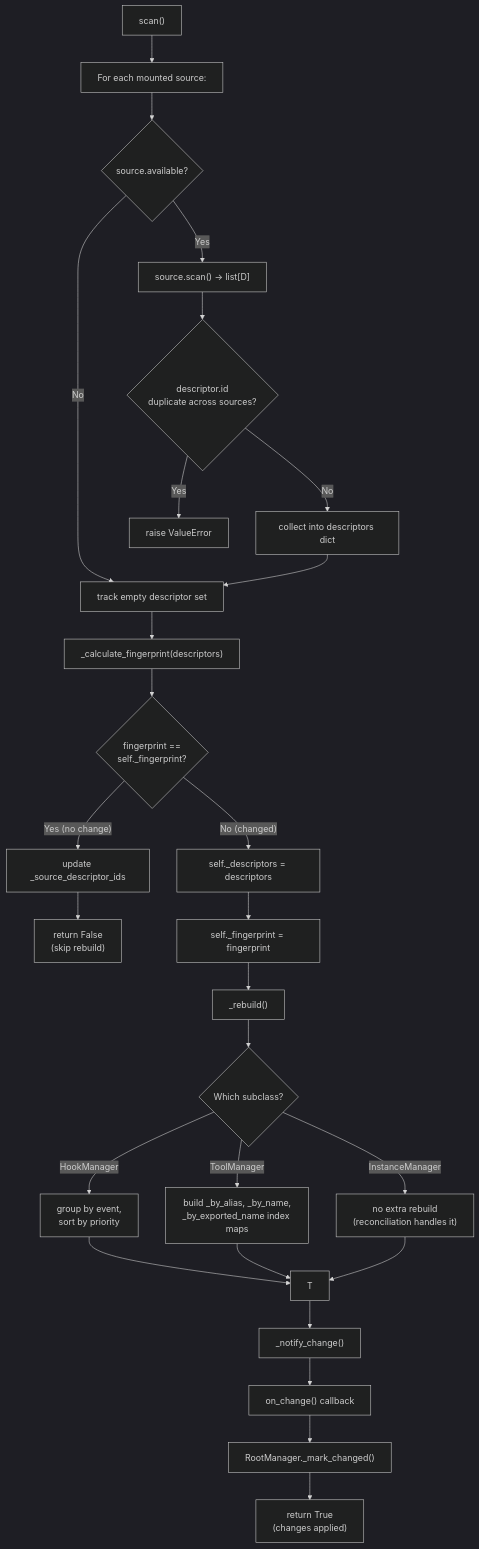
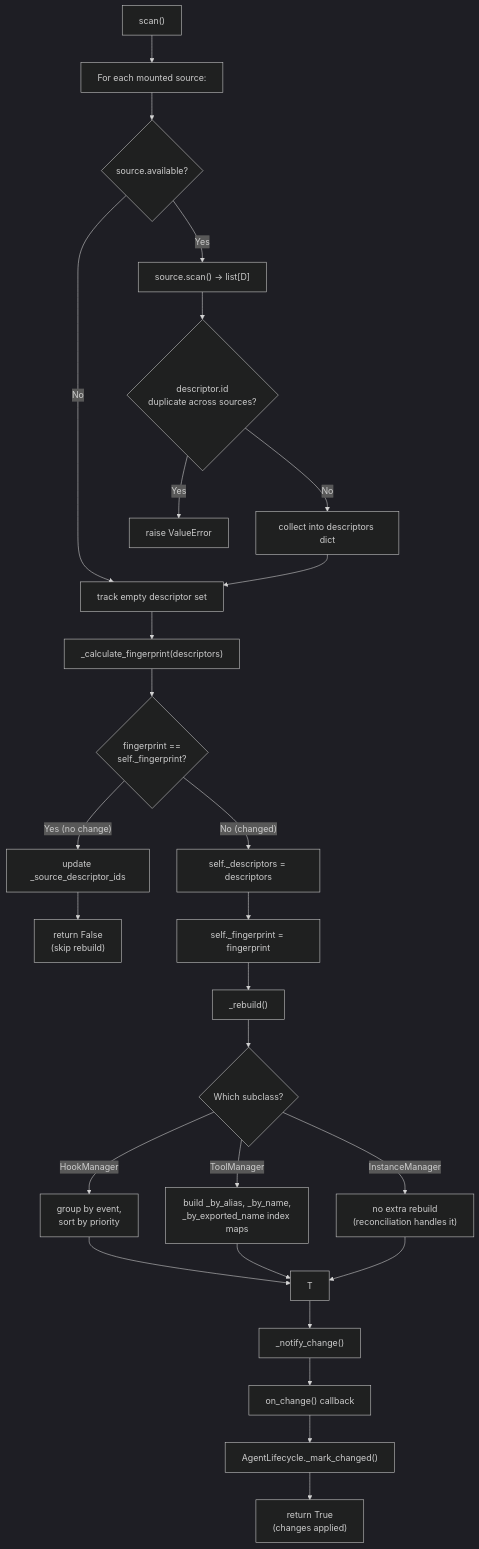
The ninth of 12 diagrams in visuals.md (matrixd0t/commamatrix), drawn with Mermaid (dark theme) before and after one commit. The commit also changed other lines of this file and 64 other files, not shown here.

````diff
--- a/visuals.md
+++ b/visuals.md
@@ -459,34 +459,34 @@
 ```mermaid
 flowchart TD
     A["scan()"] --> B["For each mounted source:"]
     B --> C{"source.available?"}
     C -->|"No"| D["track empty descriptor set"]
     C -->|"Yes"| E["source.scan() → list[D]"]
     E --> F{"descriptor.id<br/>duplicate across sources?"}
     F -->|"Yes"| G["raise ValueError"]
     F -->|"No"| H["collect into descriptors dict"]
     H --> D
     D --> I["_calculate_fingerprint(descriptors)"]
     I --> J{"fingerprint ==<br/>self._fingerprint?"}
 
     J -->|"Yes (no change)"| K["update _source_descriptor_ids"]
     K --> L["return False<br/>(skip rebuild)"]
 
     J -->|"No (changed)"| M["self._descriptors = descriptors"]
     M --> N["self._fingerprint = fingerprint"]
     N --> O["_rebuild()"]
     O --> P{"Which subclass?"}
 
     P -->|"HookManager"| Q["group by event,<br/>sort by priority"]
     P -->|"ToolManager"| R["build _by_alias, _by_name,<br/>_by_exported_name index maps"]
     P -->|"InstanceManager"| S["no extra rebuild<br/>(reconciliation handles it)"]
 
     Q --> T
     R --> T
     S --> T
 
     T --> U["_notify_change()"]
     U --> V["on_change() callback"]
-    V --> W["RootManager._mark_changed()"]
+    V --> W["AgentLifecycle._mark_changed()"]
     W --> X["return True<br/>(changes applied)"]
 ```
````
